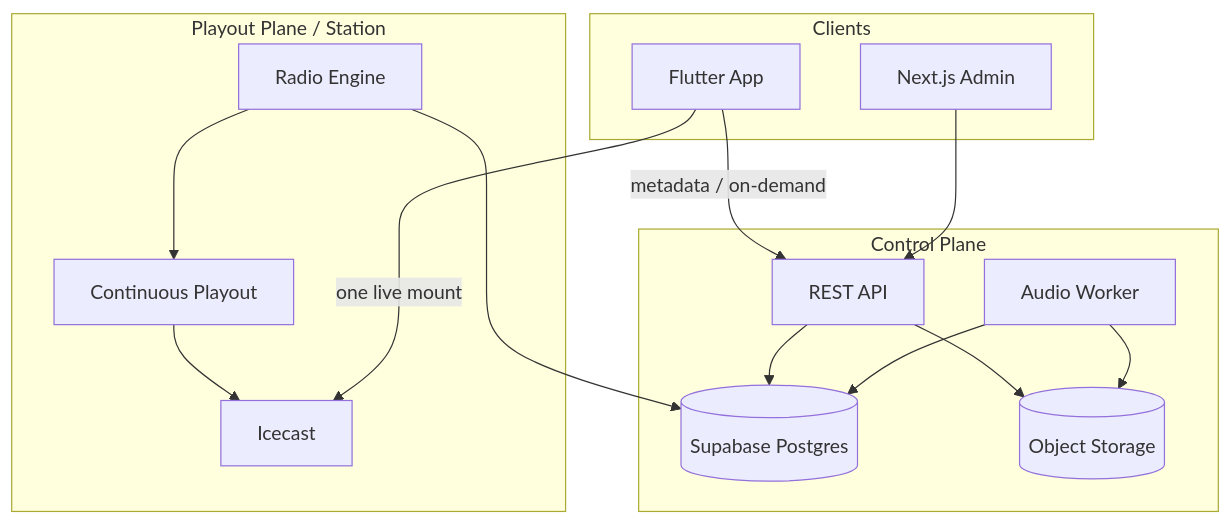
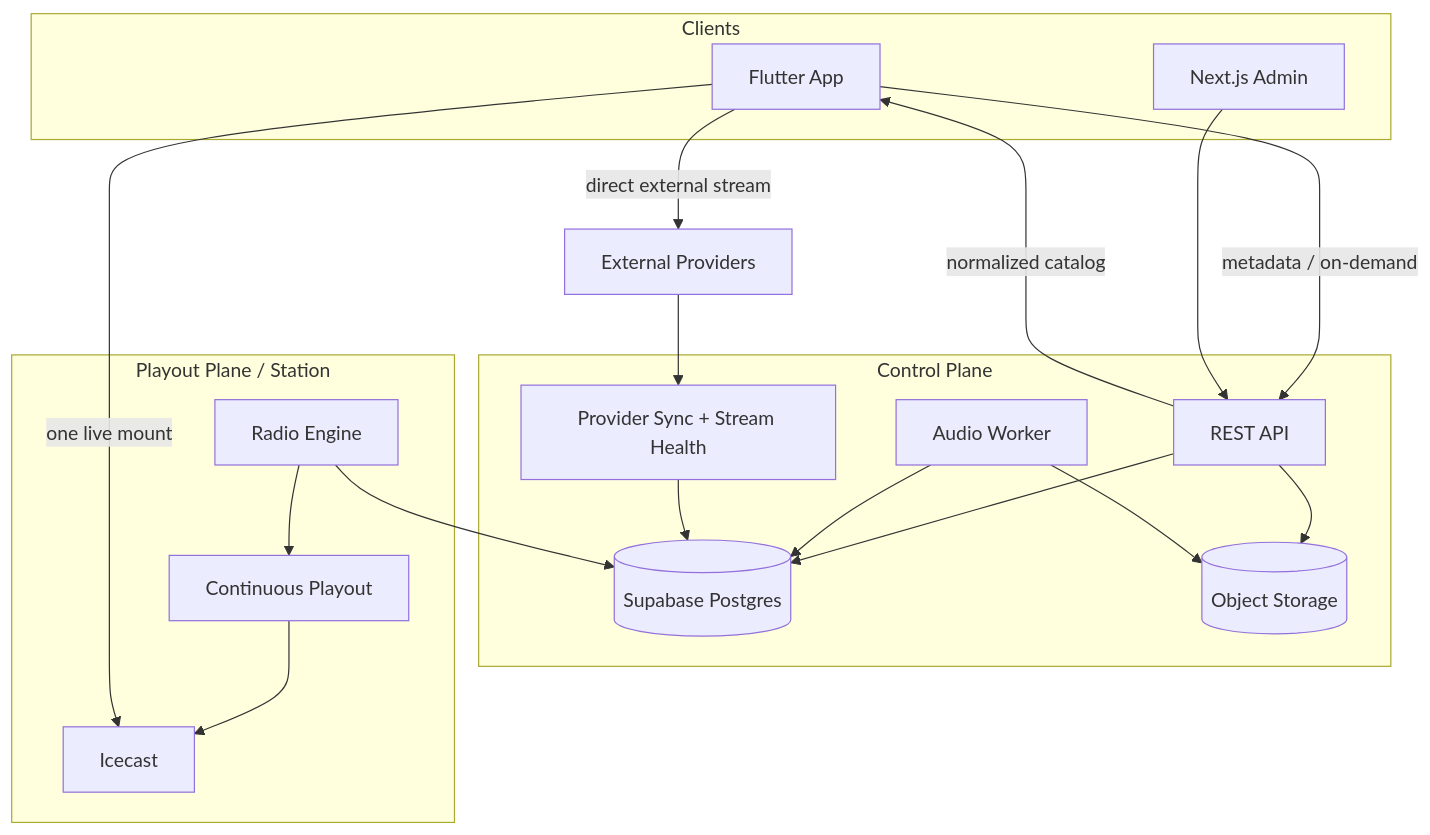
One commit to Mtzallqmy/Quran-yomk changed the diagram in docs/ARCHITECTURE.md. Above: the diagram before and after it, drawn with Mermaid. The commit also changed other lines of this file and 16 other files, not shown here.

Commit message:
docs: design external radio provider integration

````diff
--- a/docs/ARCHITECTURE.md
+++ b/docs/ARCHITECTURE.md
@@ -56,28 +57,33 @@
 ```mermaid
 flowchart TB
   subgraph Clients["Clients"]
     Mobile["Flutter App"]
     Admin["Next.js Admin"]
   end
   subgraph Control["Control Plane"]
     API["REST API"]
     DB[("Supabase Postgres")]
     Store[("Object Storage")]
     Worker["Audio Worker"]
+    ProviderWorker["Provider Sync + Stream Health"]
   end
   subgraph Playout["Playout Plane / Station"]
     Engine["Radio Engine"]
     Render["Continuous Playout"]
     Icecast["Icecast"]
   end
   Mobile -->|"metadata / on-demand"| API
   Admin --> API
   API --> DB
   API --> Store
   Worker --> DB
   Worker --> Store
   Engine --> DB
   Engine --> Render
   Render --> Icecast
   Mobile -->|"one live mount"| Icecast
+  Providers["External Providers"] --> ProviderWorker
+  ProviderWorker --> DB
+  API -->|"normalized catalog"| Mobile
+  Mobile -->|"direct external stream"| Providers
 ```
````
